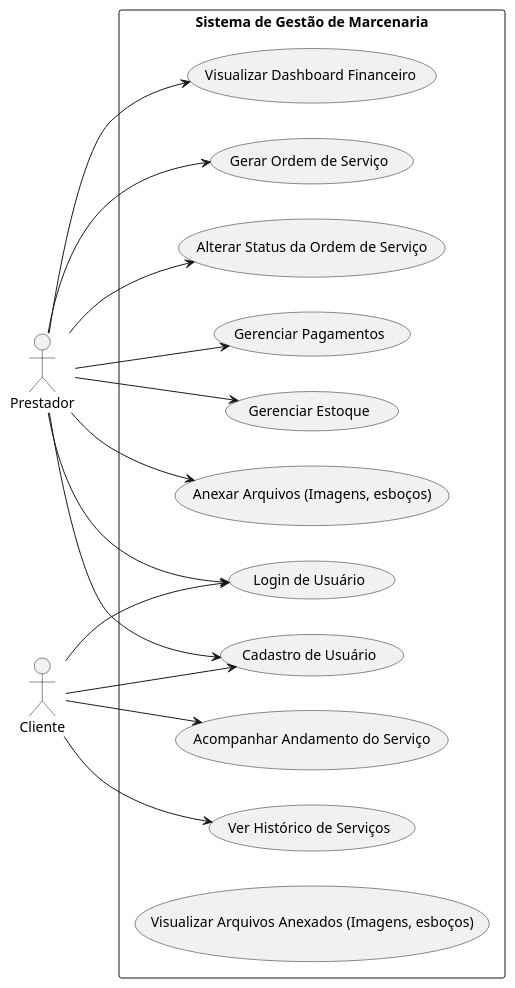
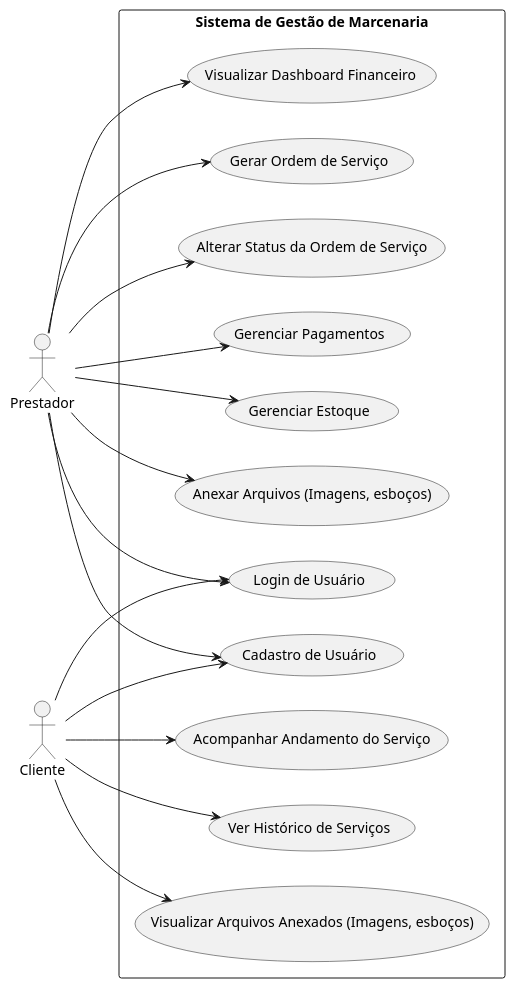
Before and after one commit to willsf2021/Projeto-Integrador-2-SEM: the diagram in docs/diagrams/useCase/usecases.plantuml, drawn with PlantUML. The commit also changed 3 other files, not shown here.

Commit message:
docs: move sequence diagram code to 'sequence' folder and fix use case diagram (use case 11)

```diff
--- a/docs/diagrams/useCase/usecases.plantuml
+++ b/docs/diagrams/useCase/usecases.plantuml
@@ -1,38 +1,39 @@
 @startuml
 left to right direction
 skinparam packageStyle rectangle
 
 actor Prestador
 actor Cliente
 
 package "Sistema de Gestão de Marcenaria" {
   
   usecase "Cadastro de Usuário" as UC01
   usecase "Login de Usuário" as UC02
   usecase "Gerar Ordem de Serviço" as UC03
   usecase "Alterar Status da Ordem de Serviço" as UC04
   usecase "Gerenciar Pagamentos" as UC05
   usecase "Gerenciar Estoque" as UC06
   usecase "Anexar Arquivos (Imagens, esboços)" as UC07
   usecase "Acompanhar Andamento do Serviço" as UC08
   usecase "Ver Histórico de Serviços" as UC09
   usecase "Visualizar Dashboard Financeiro" as UC10
   usecase "Visualizar Arquivos Anexados (Imagens, esboços)" as UC11
 }
 
 Prestador --> UC01
 Prestador --> UC02
 Prestador --> UC03
 Prestador --> UC04
 Prestador --> UC05
 Prestador --> UC06
 Prestador --> UC07
 Prestador --> UC10
 
 
 Cliente --> UC01
 Cliente --> UC02
 Cliente --> UC08
 Cliente --> UC09
+Cliente --> UC11
 
 @enduml
```
